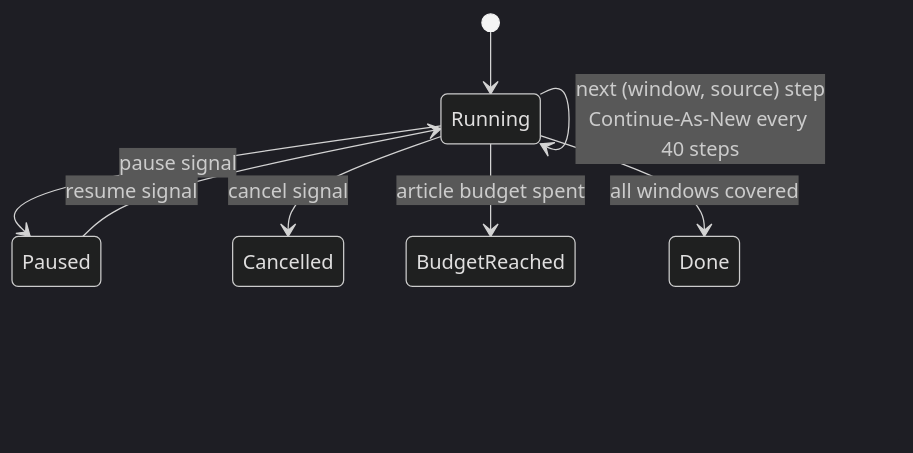
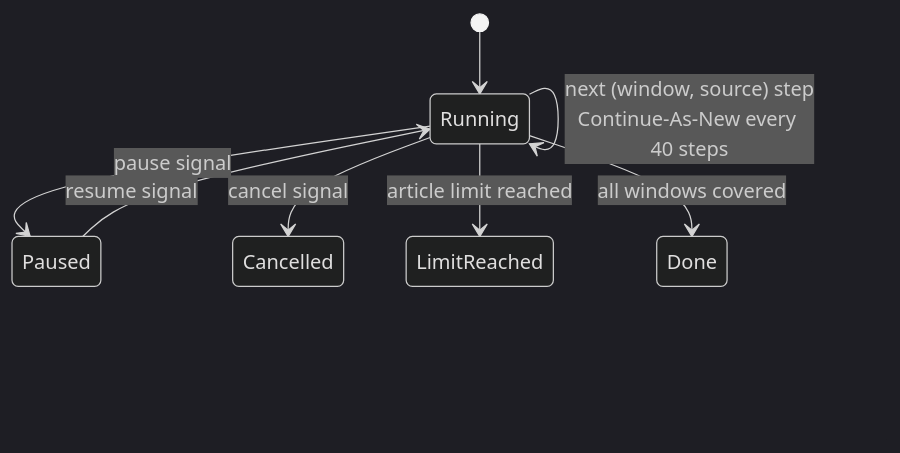
The tenth of 14 diagrams in docs/design.md (joshdurbin/vulnerable_user_incident_tracking), drawn with Mermaid (dark theme) before and after one commit. The commit also changed other lines of this file and 45 other files, not shown here.

````diff
--- a/docs/design.md
+++ b/docs/design.md
@@ -261,10 +261,10 @@
 ```mermaid
 stateDiagram-v2
   [*] --> Running
   Running --> Paused: pause signal
   Paused --> Running: resume signal
   Running --> Cancelled: cancel signal
-  Running --> BudgetReached: article budget spent
+  Running --> LimitReached: article limit reached
   Running --> Running: next (window, source) step<br/>Continue-As-New every 40 steps
   Running --> Done: all windows covered
 ```
````
